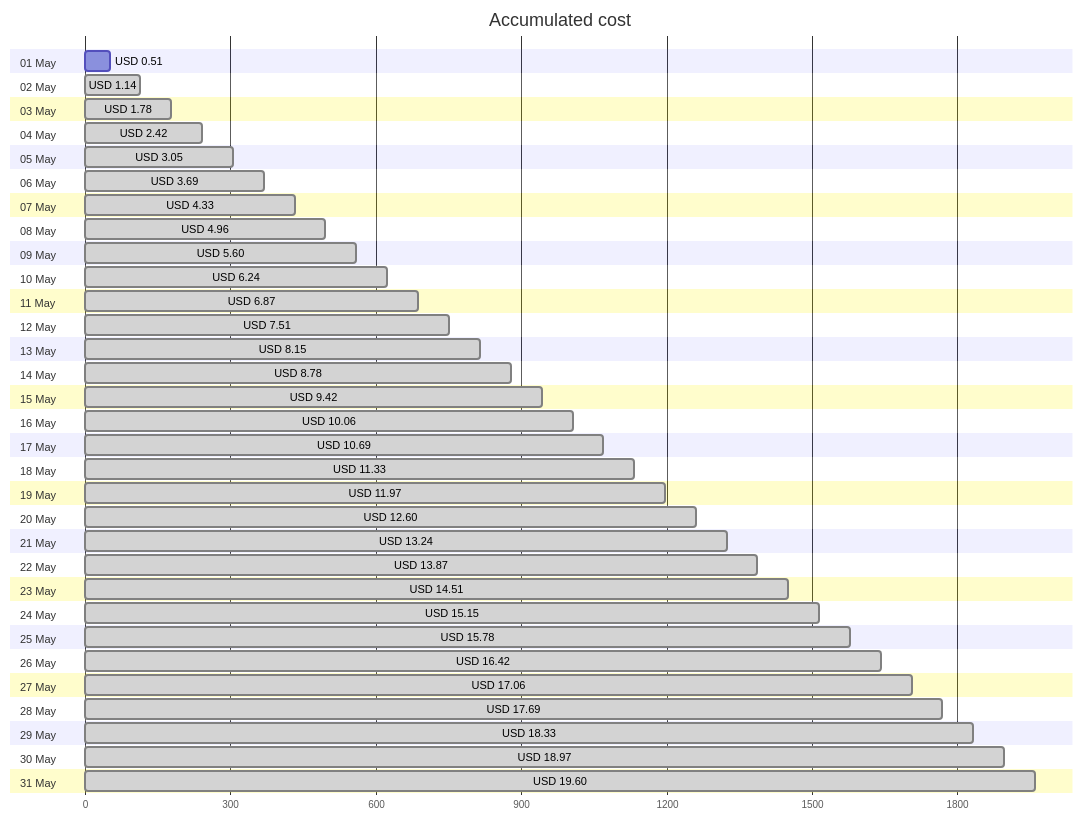
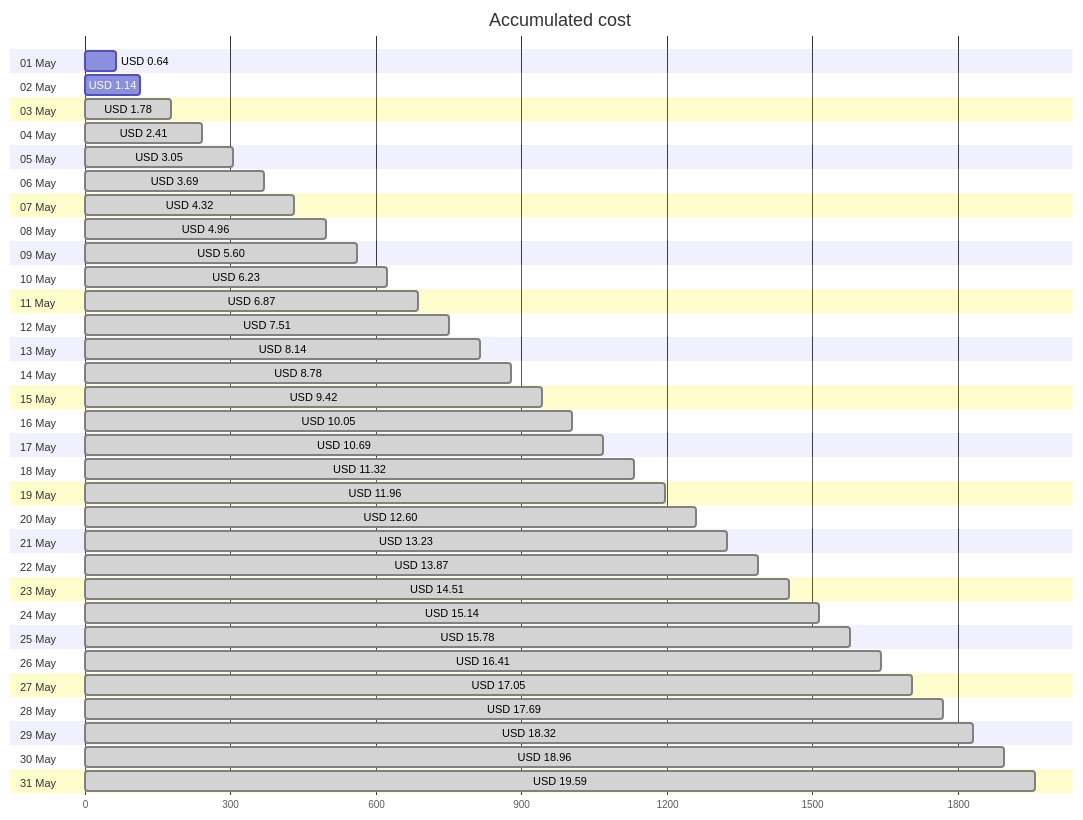
Before and after one commit to jpfulton/azure-personal-reports: the first of 4 diagrams in cost-reports/accumulated-cost.md, drawn with Mermaid. The commit also changed other lines of this file and 4 other files, not shown here.

````diff
--- a/cost-reports/accumulated-cost.md
+++ b/cost-reports/accumulated-cost.md
@@ -20,68 +20,68 @@
 ```mermaid
 gantt
    title Accumulated cost
    dateFormat  X
    axisFormat %s
    section 01 May
-   USD 0.51 :0, 51
+   USD 0.64 :0, 64
    section 02 May
-   USD 1.14 : done, 0, 114
+   USD 1.14 :0, 114
    section 03 May
    USD 1.78 : done, 0, 178
    section 04 May
-   USD 2.42 : done, 0, 242
+   USD 2.41 : done, 0, 241
    section 05 May
    USD 3.05 : done, 0, 305
    section 06 May
    USD 3.69 : done, 0, 369
    section 07 May
-   USD 4.33 : done, 0, 433
+   USD 4.32 : done, 0, 432
    section 08 May
    USD 4.96 : done, 0, 496
    section 09 May
    USD 5.60 : done, 0, 560
    section 10 May
-   USD 6.24 : done, 0, 624
+   USD 6.23 : done, 0, 623
    section 11 May
    USD 6.87 : done, 0, 687
    section 12 May
    USD 7.51 : done, 0, 751
    section 13 May
-   USD 8.15 : done, 0, 815
+   USD 8.14 : done, 0, 814
    section 14 May
    USD 8.78 : done, 0, 878
    section 15 May
    USD 9.42 : done, 0, 942
    section 16 May
-   USD 10.06 : done, 0, 1006
+   USD 10.05 : done, 0, 1005
    section 17 May
    USD 10.69 : done, 0, 1069
    section 18 May
-   USD 11.33 : done, 0, 1133
+   USD 11.32 : done, 0, 1132
    section 19 May
-   USD 11.97 : done, 0, 1197
+   USD 11.96 : done, 0, 1196
    section 20 May
    USD 12.60 : done, 0, 1260
    section 21 May
-   USD 13.24 : done, 0, 1324
+   USD 13.23 : done, 0, 1323
    section 22 May
    USD 13.87 : done, 0, 1387
    section 23 May
    USD 14.51 : done, 0, 1451
    section 24 May
-   USD 15.15 : done, 0, 1515
+   USD 15.14 : done, 0, 1514
    section 25 May
    USD 15.78 : done, 0, 1578
    section 26 May
-   USD 16.42 : done, 0, 1642
+   USD 16.41 : done, 0, 1641
    section 27 May
-   USD 17.06 : done, 0, 1706
+   USD 17.05 : done, 0, 1705
    section 28 May
    USD 17.69 : done, 0, 1769
    section 29 May
-   USD 18.33 : done, 0, 1833
+   USD 18.32 : done, 0, 1832
    section 30 May
-   USD 18.97 : done, 0, 1897
+   USD 18.96 : done, 0, 1896
    section 31 May
-   USD 19.60 : done, 0, 1960
+   USD 19.59 : done, 0, 1959
 ```
````
